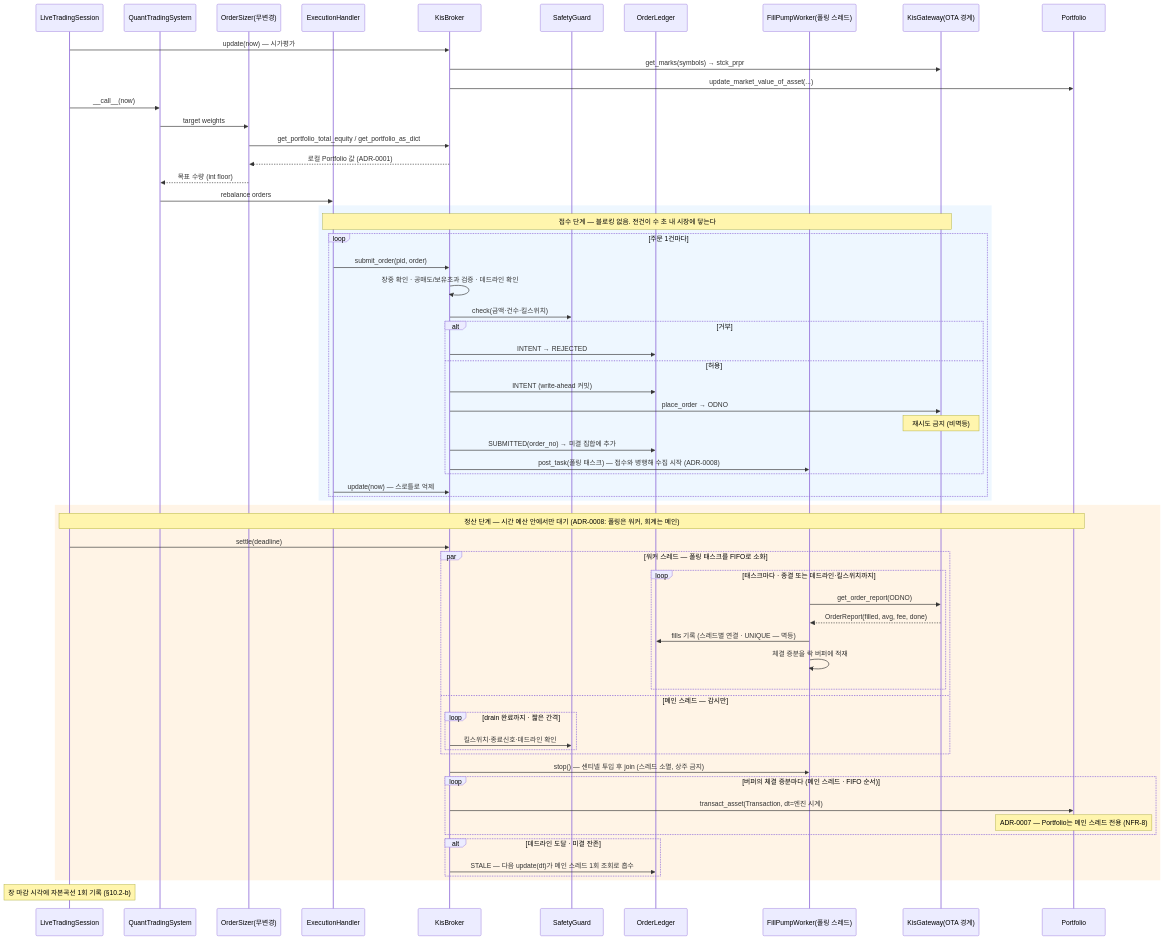
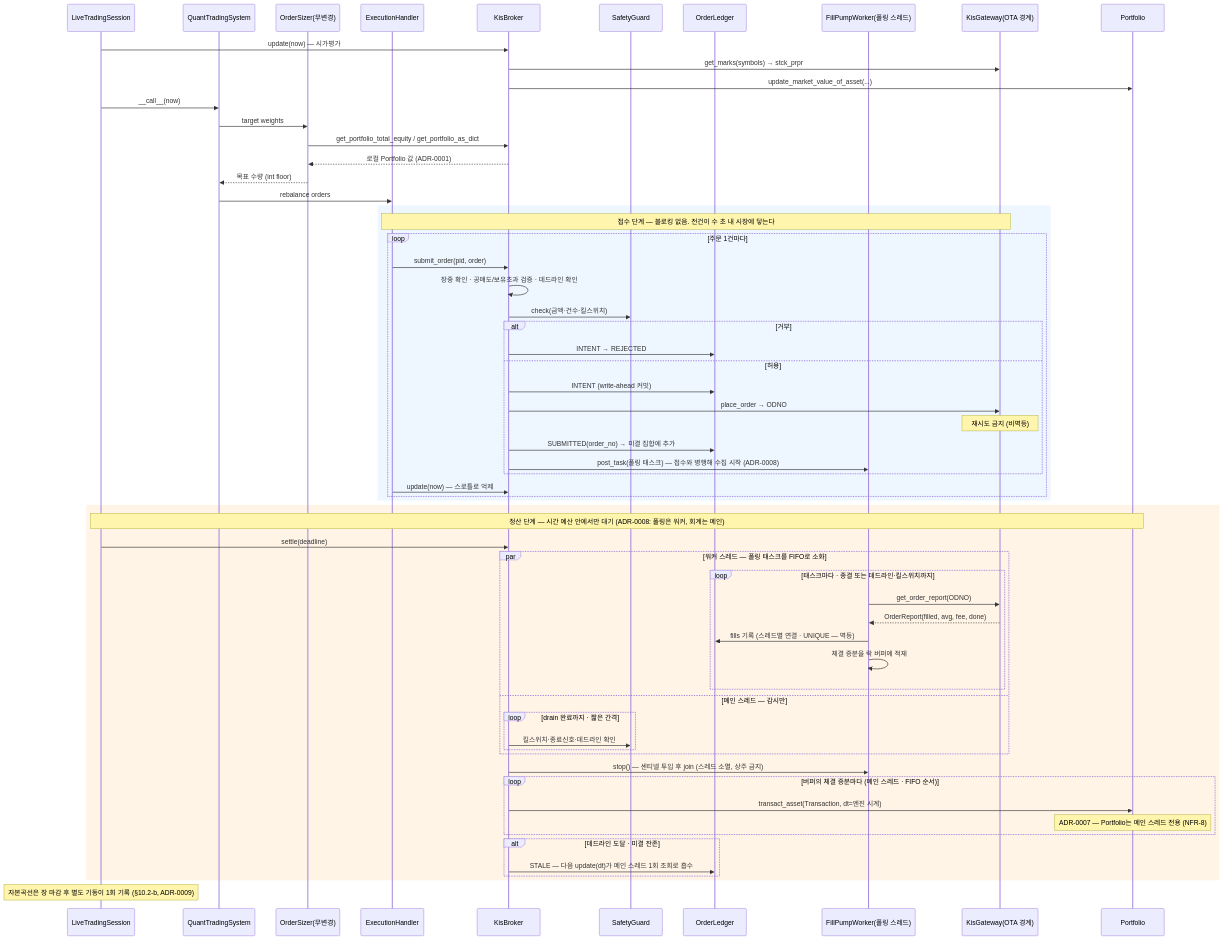
One commit to visualmoney/vm-quant-trader changed the third of 4 diagrams in docs/dev/spec/kis-broker-design.md. Above: the diagram before and after it, drawn with Mermaid. The commit also changed other lines of this file and 3 other files, not shown here.

````diff
--- a/docs/dev/spec/kis-broker-design.md
+++ b/docs/dev/spec/kis-broker-design.md
@@ -298,69 +299,69 @@
 ```mermaid
 sequenceDiagram
     participant LTS as LiveTradingSession
     participant QTS as QuantTradingSystem
     participant SZ as OrderSizer(무변경)
     participant EH as ExecutionHandler
     participant KB as KisBroker
     participant GRD as SafetyGuard
     participant LED as OrderLedger
     participant WK as FillPumpWorker(폴링 스레드)
     participant GW as KisGateway(OTA 경계)
     participant PF as Portfolio
 
     LTS->>KB: update(now) — 시가평가
     KB->>GW: get_marks(symbols) → stck_prpr
     KB->>PF: update_market_value_of_asset(...)
     LTS->>QTS: __call__(now)
     QTS->>SZ: target weights
     SZ->>KB: get_portfolio_total_equity / get_portfolio_as_dict
     KB-->>SZ: 로컬 Portfolio 값 (ADR-0001)
     SZ-->>QTS: 목표 수량 (int floor)
     QTS->>EH: rebalance orders
 
     rect rgb(238, 247, 255)
     Note over EH,GW: 접수 단계 — 블로킹 없음. 전건이 수 초 내 시장에 닿는다
     loop 주문 1건마다
         EH->>KB: submit_order(pid, order)
         KB->>KB: 장중 확인 · 공매도/보유초과 검증 · 데드라인 확인
         KB->>GRD: check(금액·건수·킬스위치)
         alt 거부
             KB->>LED: INTENT → REJECTED
         else 허용
             KB->>LED: INTENT (write-ahead 커밋)
             KB->>GW: place_order → ODNO
             Note over GW: 재시도 금지 (비멱등)
             KB->>LED: SUBMITTED(order_no) → 미결 집합에 추가
             KB->>WK: post_task(폴링 태스크) — 접수와 병행해 수집 시작 (ADR-0008)
         end
         EH->>KB: update(now) — 스로틀로 억제
     end
     end
 
     rect rgb(255, 244, 230)
     Note over LTS,PF: 정산 단계 — 시간 예산 안에서만 대기 (ADR-0008: 폴링은 워커, 회계는 메인)
     LTS->>KB: settle(deadline)
     par 워커 스레드 — 폴링 태스크를 FIFO로 소화
         loop 태스크마다 · 종결 또는 데드라인·킬스위치까지
             WK->>GW: get_order_report(ODNO)
             GW-->>WK: OrderReport(filled, avg, fee, done)
             WK->>LED: fills 기록 (스레드별 연결 · UNIQUE — 멱등)
             WK->>WK: 체결 증분을 락 버퍼에 적재
         end
     and 메인 스레드 — 감시만
         loop drain 완료까지 · 짧은 간격
             KB->>GRD: 킬스위치·종료신호·데드라인 확인
         end
     end
     KB->>WK: stop() — 센티넬 투입 후 join (스레드 소멸, 상주 금지)
     loop 버퍼의 체결 증분마다 (메인 스레드 · FIFO 순서)
         KB->>PF: transact_asset(Transaction, dt=엔진 시계)
         Note over PF: ADR-0007 — Portfolio는 메인 스레드 전용 (NFR-8)
     end
     alt 데드라인 도달 · 미결 잔존
         KB->>LED: STALE — 다음 update(dt)가 메인 스레드 1회 조회로 흡수
     end
     end
 
-    Note over LTS: 장 마감 시각에 자본곡선 1회 기록 (§10.2-b)
+    Note over LTS: 자본곡선은 장 마감 후 별도 기동이 1회 기록 (§10.2-b, ADR-0009)
 ```
````
